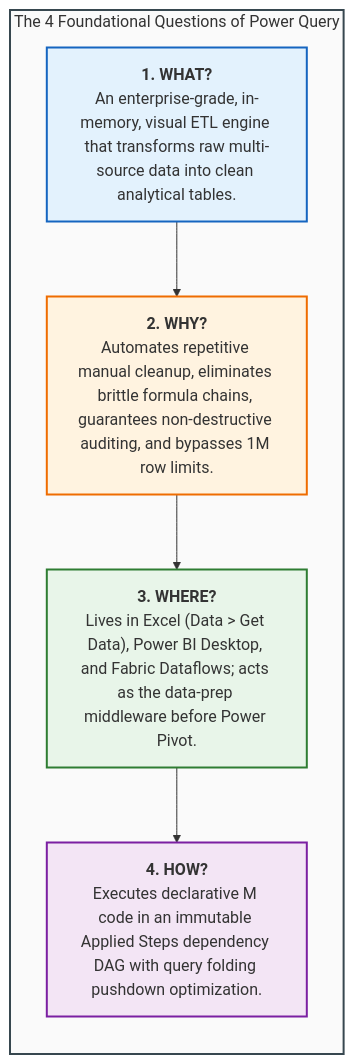
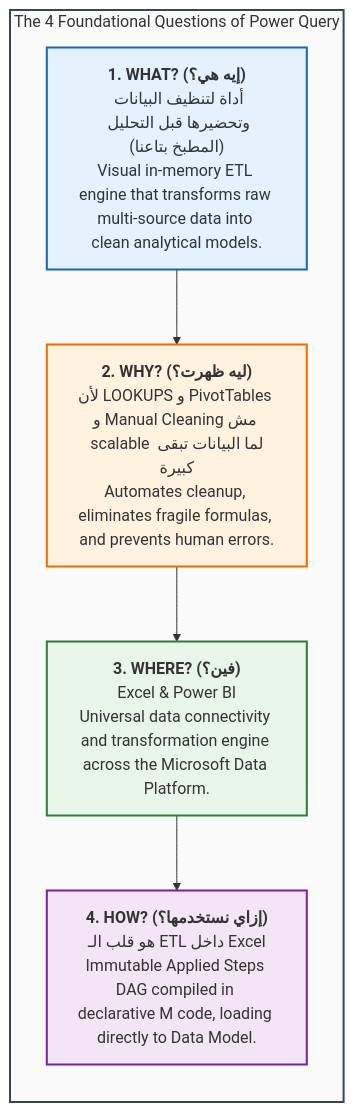
One commit to Sohila-Khaled-Abbas/COURSE-EXCEL-ZERO-TO-HERO changed the second of 7 diagrams in 02_Notes/08_Power_Query_and_M/01_Power_Query_Fundamentals_and_ETL.md. Above: the diagram before and after it, drawn with Mermaid. The commit also changed other lines of this file and 11 other files, not shown here.

Commit message:
feat(module-8): sync Power Query & M notes with Module_8_Demo.xlsx and automate publication

````diff
--- a/02_Notes/08_Power_Query_and_M/01_Power_Query_Fundamentals_and_ETL.md
+++ b/02_Notes/08_Power_Query_and_M/01_Power_Query_Fundamentals_and_ETL.md
@@ -87,18 +87,18 @@
 ```mermaid
 flowchart TD
     subgraph FOUR_Q ["The 4 Foundational Questions of Power Query"]
         direction TB
-        Q1["<b>1. WHAT?</b><br/>An enterprise-grade, in-memory, visual ETL engine that transforms raw multi-source data into clean analytical tables."]
-        Q2["<b>2. WHY?</b><br/>Automates repetitive manual cleanup, eliminates brittle formula chains, guarantees non-destructive auditing, and bypasses 1M row limits."]
-        Q3["<b>3. WHERE?</b><br/>Lives in Excel (Data > Get Data), Power BI Desktop, and Fabric Dataflows; acts as the data-prep middleware before Power Pivot."]
-        Q4["<b>4. HOW?</b><br/>Executes declarative M code in an immutable Applied Steps dependency DAG with query folding pushdown optimization."]
+        Q1["<b>1. WHAT? (إيه هي؟)</b><br/>أداة لتنظيف البيانات وتحضيرها قبل التحليل (المطبخ بتاعنا)<br/>Visual in-memory ETL engine that transforms raw multi-source data into clean analytical models."]
+        Q2["<b>2. WHY? (ليه ظهرت؟)</b><br/>لأن LOOKUPS و PivotTables و Manual Cleaning مش scalable لما البيانات تبقى كبيرة<br/>Automates cleanup, eliminates fragile formulas, and prevents human errors."]
+        Q3["<b>3. WHERE? (فين؟)</b><br/>Excel & Power BI<br/>Universal data connectivity and transformation engine across the Microsoft Data Platform."]
+        Q4["<b>4. HOW? (إزاي نستخدمها؟)</b><br/>هو قلب الـ ETL داخل Excel<br/>Immutable Applied Steps DAG compiled in declarative M code, loading directly to Data Model."]
     end
 
     Q1 --> Q2 --> Q3 --> Q4
 
     style FOUR_Q fill:#fafafa,stroke:#37474f,stroke-width:2px
     style Q1 fill:#e3f2fd,stroke:#1565c0,stroke-width:2px
     style Q2 fill:#fff3e0,stroke:#ef6c00,stroke-width:2px
     style Q3 fill:#e8f5e9,stroke:#2e7d32,stroke-width:2px
     style Q4 fill:#f3e5f5,stroke:#7b1fa2,stroke-width:2px
 ```
````
